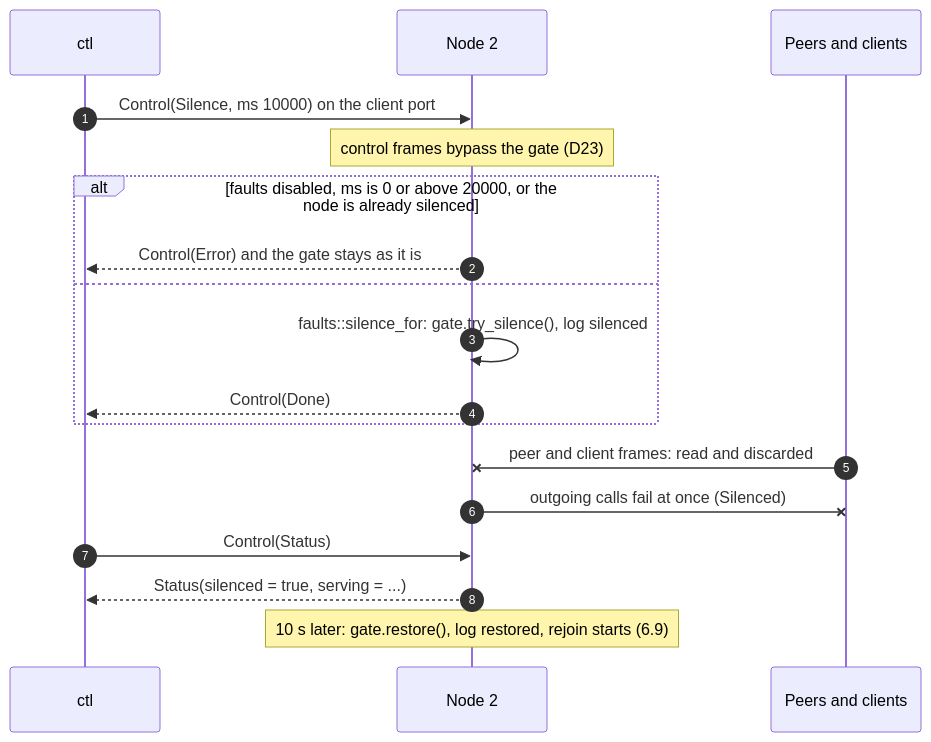
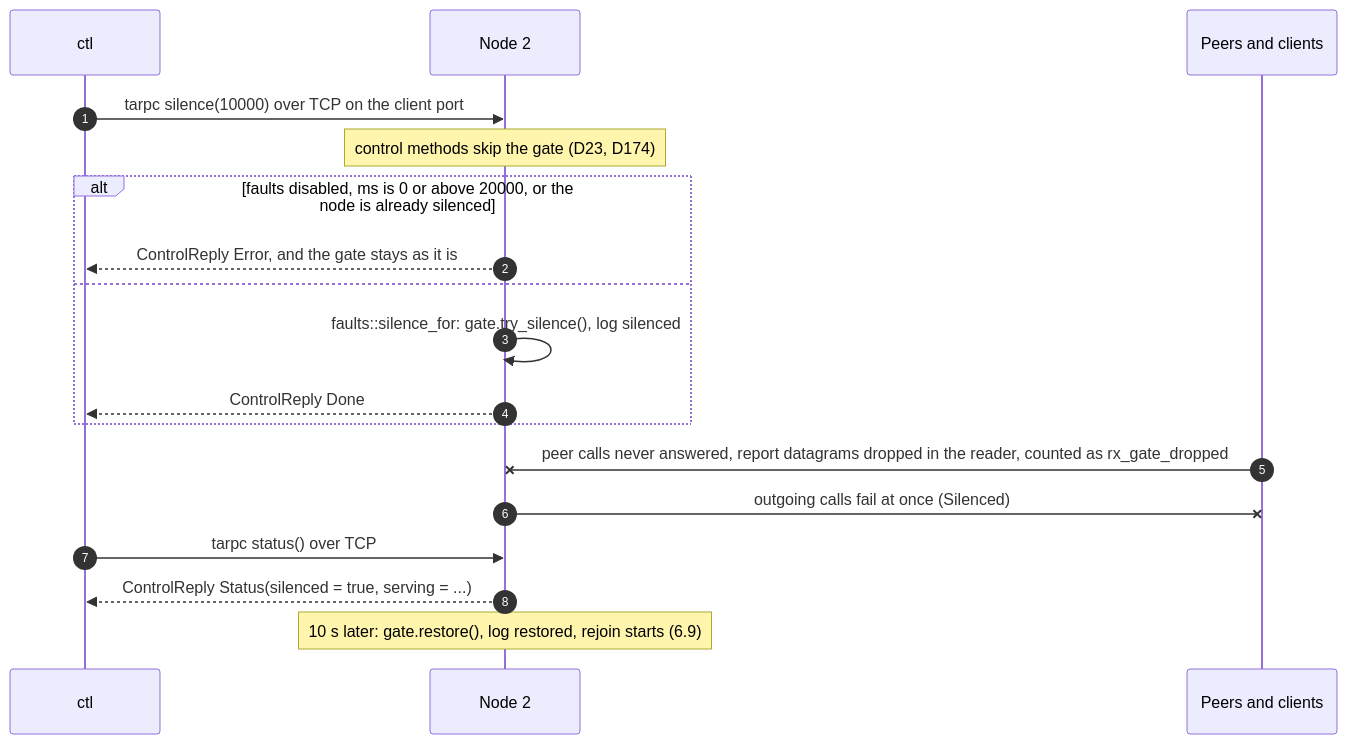
One commit to noortaytoy1/DistributedSystems changed diagram 23 of 47 in docs/architecture.md. Above: the diagram before and after it, drawn with Mermaid. The commit also changed other lines of this file and 8 other files, not shown here.

````diff
--- a/docs/architecture.md
+++ b/docs/architecture.md
@@ -864,20 +970,20 @@
 ```mermaid
 sequenceDiagram
     autonumber
     participant OP as ctl
     participant N as Node 2
     participant P as Peers and clients
-    OP->>N: Control(Silence, ms 10000) on the client port
-    Note over N: control frames bypass the gate (D23)
+    OP->>N: tarpc silence(10000) over TCP on the client port
+    Note over N: control methods skip the gate (D23, D174)
     alt faults disabled, ms is 0 or above 20000, or the node is already silenced
-        N-->>OP: Control(Error) and the gate stays as it is
+        N-->>OP: ControlReply Error, and the gate stays as it is
     else
         N->>N: faults::silence_for: gate.try_silence(), log silenced
-        N-->>OP: Control(Done)
+        N-->>OP: ControlReply Done
     end
-    P-xN: peer and client frames: read and discarded
+    P-xN: peer calls never answered, report datagrams dropped in the reader, counted as rx_gate_dropped
     N-xP: outgoing calls fail at once (Silenced)
-    OP->>N: Control(Status)
-    N-->>OP: Status(silenced = true, serving = ...)
+    OP->>N: tarpc status() over TCP
+    N-->>OP: ControlReply Status(silenced = true, serving = ...)
     Note over N: 10 s later: gate.restore(), log restored, rejoin starts (6.9)
 ```
````
